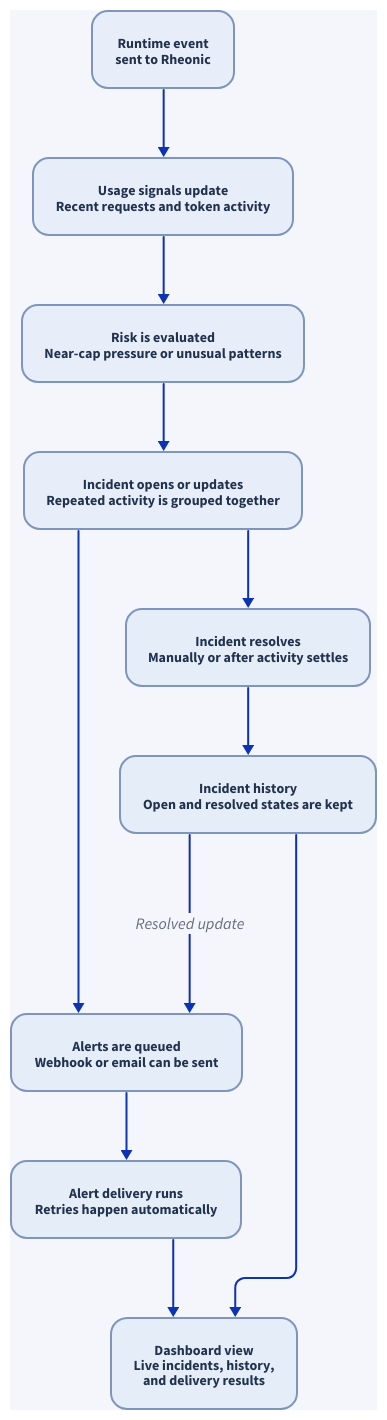
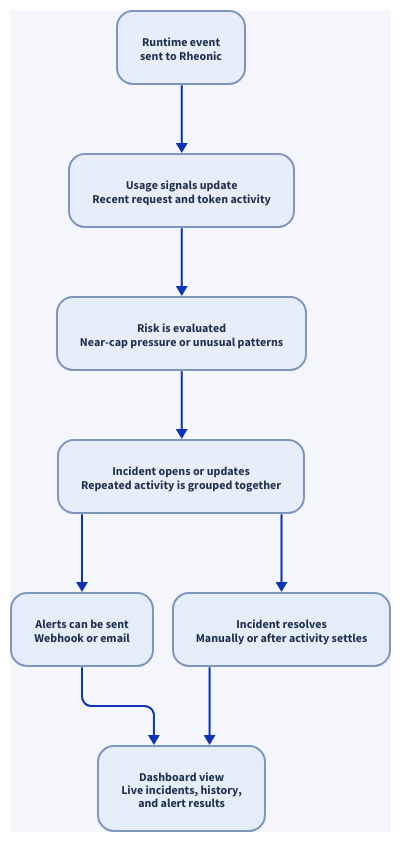
The diagram in docs/architecture/incident_flow.d2 (MichaelTelvin/Rheonic), drawn with D2 before and after one commit. The commit also changed 5 other files, not shown here.

```diff
--- a/docs/architecture/incident_flow.d2
+++ b/docs/architecture/incident_flow.d2
@@ -1,114 +1,91 @@
 direction: down
 
 vars: {
   d2-config: {
     pad: 10
     sketch: false
     layout-engine: elk
   }
 }
 
 style: {
   fill: "#f4f6fb"
 }
 
 event: "Runtime event\nsent to Rheonic" {
   style: {
     fill: "#e8eef9"
     stroke: "#7e95be"
     font-color: "#21324d"
     border-radius: 16
-    font-size: 14
+    font-size: 12
   }
 }
 
-signals: "Usage signals update\nRecent requests and token activity" {
+signals: "Usage signals update\nRecent request and token activity" {
   style: {
     fill: "#e8eef9"
     stroke: "#7e95be"
     font-color: "#21324d"
     border-radius: 16
-    font-size: 14
+    font-size: 12
   }
 }
 
 risk_check: "Risk is evaluated\nNear-cap pressure or unusual patterns" {
   style: {
     fill: "#e8eef9"
     stroke: "#7e95be"
     font-color: "#21324d"
     border-radius: 16
-    font-size: 14
+    font-size: 12
   }
 }
 
 incident: "Incident opens or updates\nRepeated activity is grouped together" {
   style: {
     fill: "#e8eef9"
     stroke: "#7e95be"
     font-color: "#21324d"
     border-radius: 16
-    font-size: 14
+    font-size: 12
   }
 }
 
-alerts: "Alerts are queued\nWebhook or email can be sent" {
+alerts: "Alerts can be sent\nWebhook or email" {
   style: {
     fill: "#e4edf8"
     stroke: "#7e95be"
     font-color: "#21324d"
     border-radius: 16
-    font-size: 14
-  }
-}
-
-delivery: "Alert delivery runs\nRetries happen automatically" {
-  style: {
-    fill: "#e4edf8"
-    stroke: "#7e95be"
-    font-color: "#21324d"
-    border-radius: 16
-    font-size: 14
+    font-size: 12
   }
 }
 
 resolve: "Incident resolves\nManually or after activity settles" {
   style: {
     fill: "#e4edf8"
     stroke: "#7e95be"
     font-color: "#21324d"
     border-radius: 16
-    font-size: 14
+    font-size: 12
   }
 }
 
-history: "Incident history\nOpen and resolved states are kept" {
+dashboard: "Dashboard view\nLive incidents, history,\nand alert results" {
   style: {
     fill: "#e4edf8"
     stroke: "#7e95be"
     font-color: "#21324d"
     border-radius: 16
-    font-size: 14
-  }
-}
-
-dashboard: "Dashboard view\nLive incidents, history,\nand delivery results" {
-  style: {
-    fill: "#e4edf8"
-    stroke: "#7e95be"
-    font-color: "#21324d"
-    border-radius: 16
-    font-size: 14
+    font-size: 12
   }
 }
 
 event -> signals
 signals -> risk_check
 risk_check -> incident
 incident -> alerts
-alerts -> delivery
-delivery -> dashboard
 incident -> resolve
-resolve -> history
-history -> alerts: "Resolved update"
-history -> dashboard
+alerts -> dashboard
+resolve -> dashboard
```
